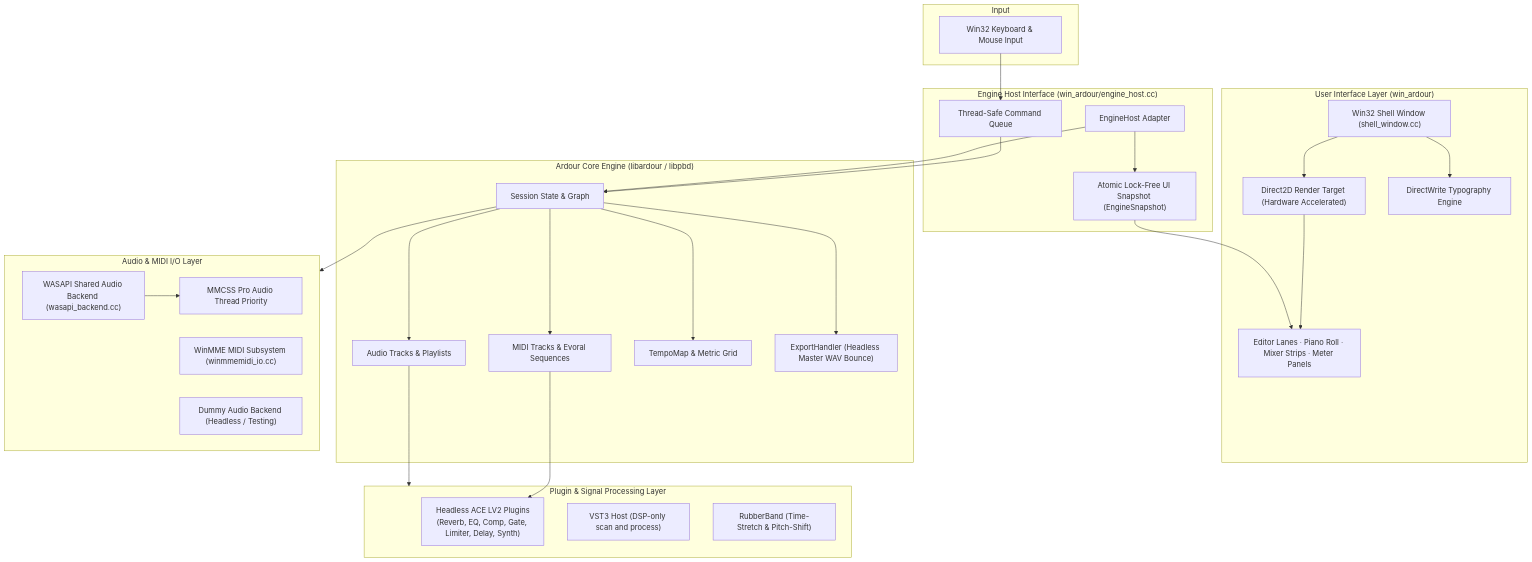
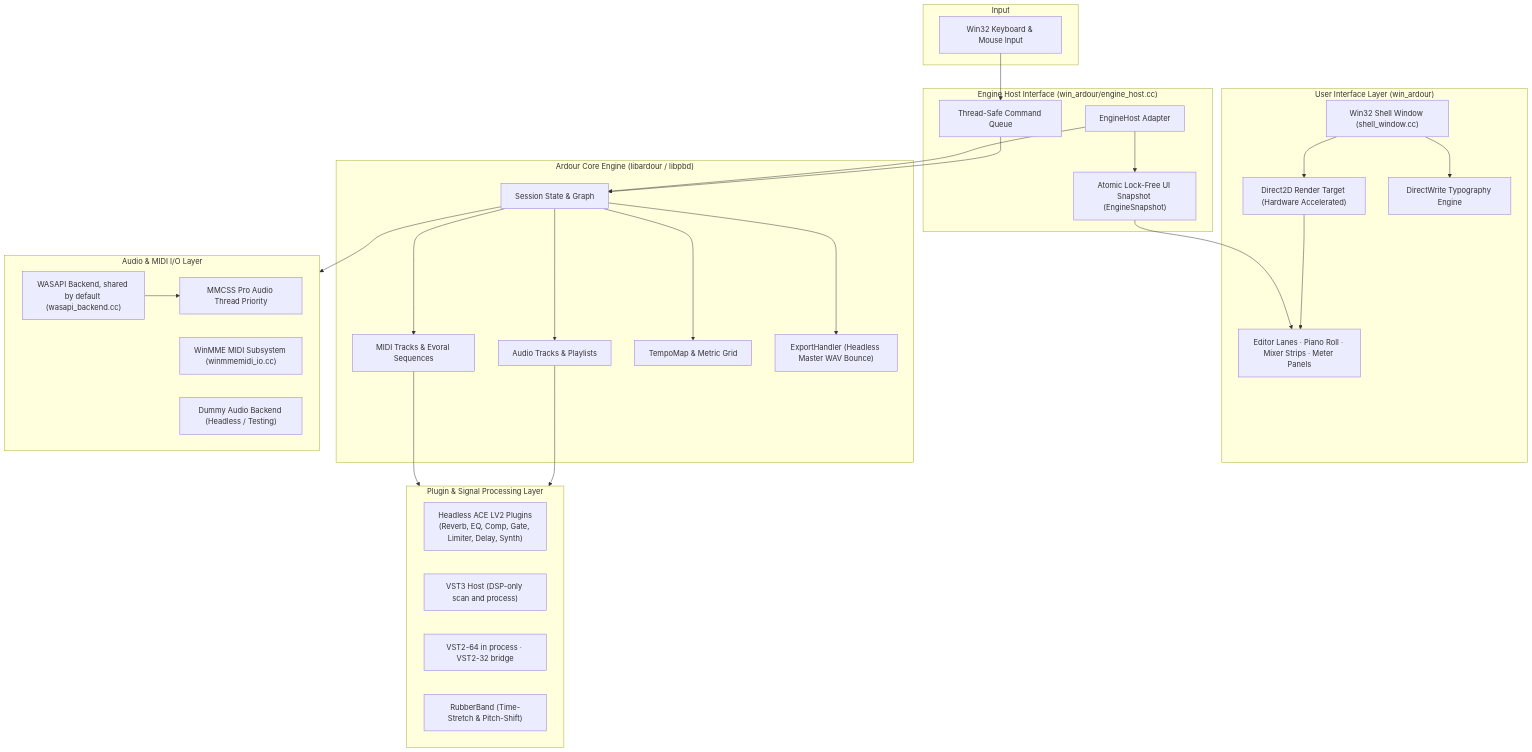
Before and after one commit to bezko/airdour: the diagram in README.md, drawn with Mermaid. The commit also changed other lines of this file and 17 other files, not shown here.

````diff
--- a/README.md
+++ b/README.md
@@ -43,57 +43,58 @@
 ```mermaid
 flowchart TD
     subgraph UI ["User Interface Layer (win_ardour)"]
         HWND["Win32 Shell Window (shell_window.cc)"]
         D2D["Direct2D Render Target (Hardware Accelerated)"]
         DW["DirectWrite Typography Engine"]
         Panels["Editor Lanes · Piano Roll · Mixer Strips · Meter Panels"]
         HWND --> D2D
         HWND --> DW
         D2D --> Panels
     end
 
     subgraph Control ["Input"]
         KB["Win32 Keyboard & Mouse Input"]
     end
 
     subgraph Host ["Engine Host Interface (win_ardour/engine_host.cc)"]
         EH["EngineHost Adapter"]
         Snap["Atomic Lock-Free UI Snapshot (EngineSnapshot)"]
         RT_Queue["Thread-Safe Command Queue"]
         EH --> Snap
         Snap --> Panels
         KB --> RT_Queue
     end
 
     subgraph CoreEngine ["Ardour Core Engine (libardour / libpbd)"]
         Session["Session State & Graph"]
         AudioTrack["Audio Tracks & Playlists"]
         MidiTrack["MIDI Tracks & Evoral Sequences"]
         TempoMap["TempoMap & Metric Grid"]
         ExportHandler["ExportHandler (Headless Master WAV Bounce)"]
         Session --> AudioTrack
         Session --> MidiTrack
         Session --> TempoMap
         Session --> ExportHandler
     end
 
     subgraph AudioBackends ["Audio & MIDI I/O Layer"]
-        WASAPI["WASAPI Shared Audio Backend (wasapi_backend.cc)"]
+        WASAPI["WASAPI Backend, shared by default (wasapi_backend.cc)"]
         WinMME["WinMME MIDI Subsystem (winmmemidi_io.cc)"]
         Dummy["Dummy Audio Backend (Headless / Testing)"]
         MMCSS["MMCSS Pro Audio Thread Priority"]
         WASAPI --> MMCSS
     end
 
     subgraph DSP ["Plugin & Signal Processing Layer"]
         ACE["Headless ACE LV2 Plugins\n(Reverb, EQ, Comp, Gate, Limiter, Delay, Synth)"]
         VST3["VST3 Host (DSP-only scan and process)"]
+        VST2["VST2-64 in process · VST2-32 bridge"]
         RB["RubberBand (Time-Stretch & Pitch-Shift)"]
     end
 
     RT_Queue --> Session
     EH --> Session
     Session --> AudioBackends
     AudioTrack --> DSP
-    MidiTrack --> ACE
+    MidiTrack --> DSP
 ```
````
